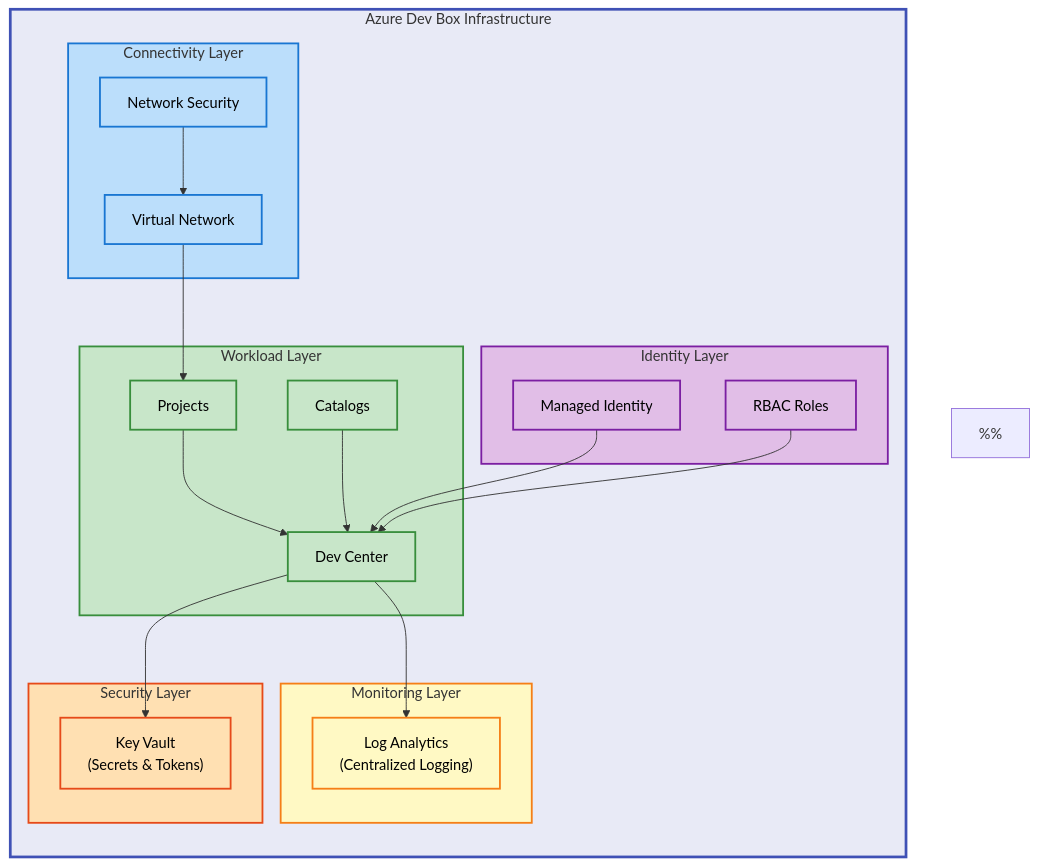
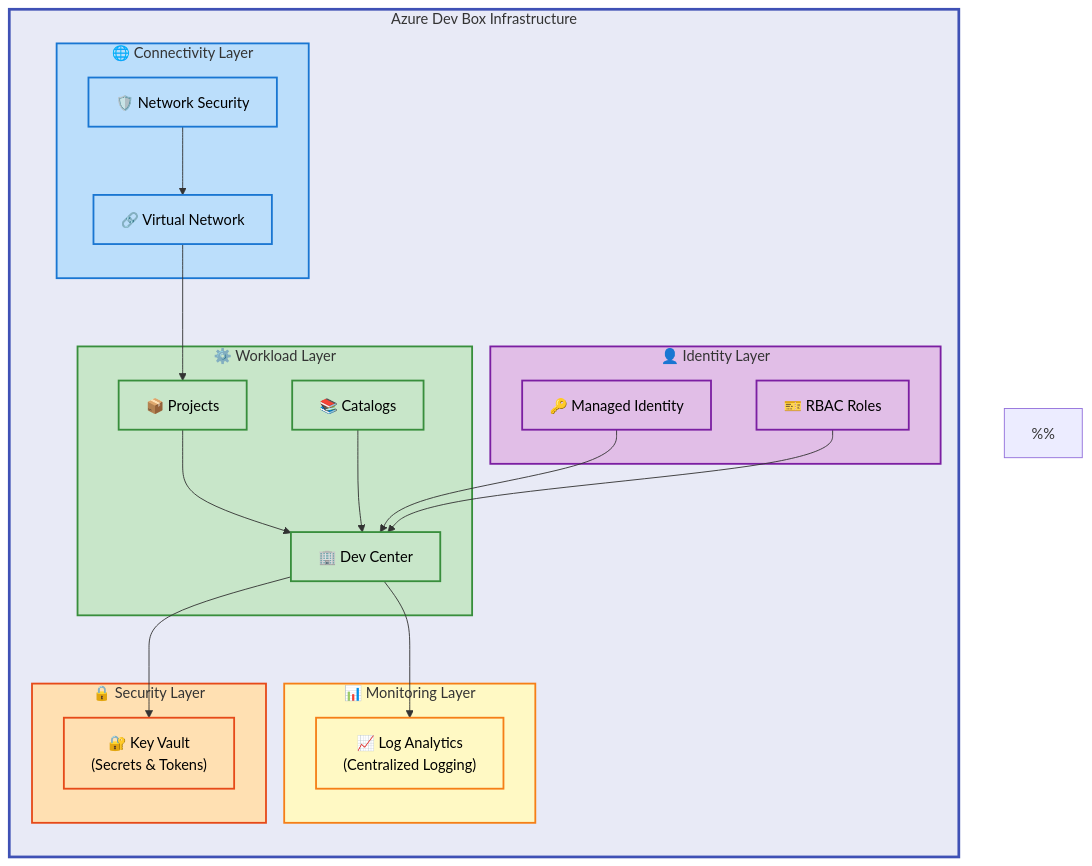
One commit to Evilazaro/DevExp-DevBox changed the diagram in README.md. Above: the diagram before and after it, drawn with Mermaid.

Commit message:
Enhance architecture diagram in README.md with emoji icons for improved visual representation of layers

```diff
--- a/README.md
+++ b/README.md
@@ -106,32 +106,32 @@
         direction TB
 
         %% Security layer: Manages secrets and access tokens (Level 2)
-        subgraph security["Security Layer"]
-            kv["Key Vault<br/>(Secrets & Tokens)"]:::mdOrange
+        subgraph security["🔒 Security Layer"]
+            kv["🔐 Key Vault<br/>(Secrets & Tokens)"]:::mdOrange
         end
 
         %% Monitoring layer: Centralized logging and diagnostics (Level 2)
-        subgraph monitoring["Monitoring Layer"]
-            logs["Log Analytics<br/>(Centralized Logging)"]:::mdYellow
+        subgraph monitoring["📊 Monitoring Layer"]
+            logs["📈 Log Analytics<br/>(Centralized Logging)"]:::mdYellow
         end
 
         %% Workload layer: Core Dev Center services (Level 2)
-        subgraph workload["Workload Layer"]
-            dc["Dev Center"]:::mdGreen
-            proj["Projects"]:::mdGreen
-            cat["Catalogs"]:::mdGreen
+        subgraph workload["⚙️ Workload Layer"]
+            dc["🏢 Dev Center"]:::mdGreen
+            proj["📦 Projects"]:::mdGreen
+            cat["📚 Catalogs"]:::mdGreen
         end
 
         %% Identity layer: RBAC and service identities (Level 2)
-        subgraph identity["Identity Layer"]
-            rbac["RBAC Roles"]:::mdPurple
-            mi["Managed Identity"]:::mdPurple
+        subgraph identity["👤 Identity Layer"]
+            rbac["🎫 RBAC Roles"]:::mdPurple
+            mi["🔑 Managed Identity"]:::mdPurple
         end
 
         %% Connectivity layer: Network infrastructure (Level 2)
-        subgraph connectivity["Connectivity Layer"]
-            vnet["Virtual Network"]:::mdBlue
-            nsg["Network Security"]:::mdBlue
+        subgraph connectivity["🌐 Connectivity Layer"]
+            vnet["🔗 Virtual Network"]:::mdBlue
+            nsg["🛡️ Network Security"]:::mdBlue
         end
 
         %% Service dependencies and data flow
```
